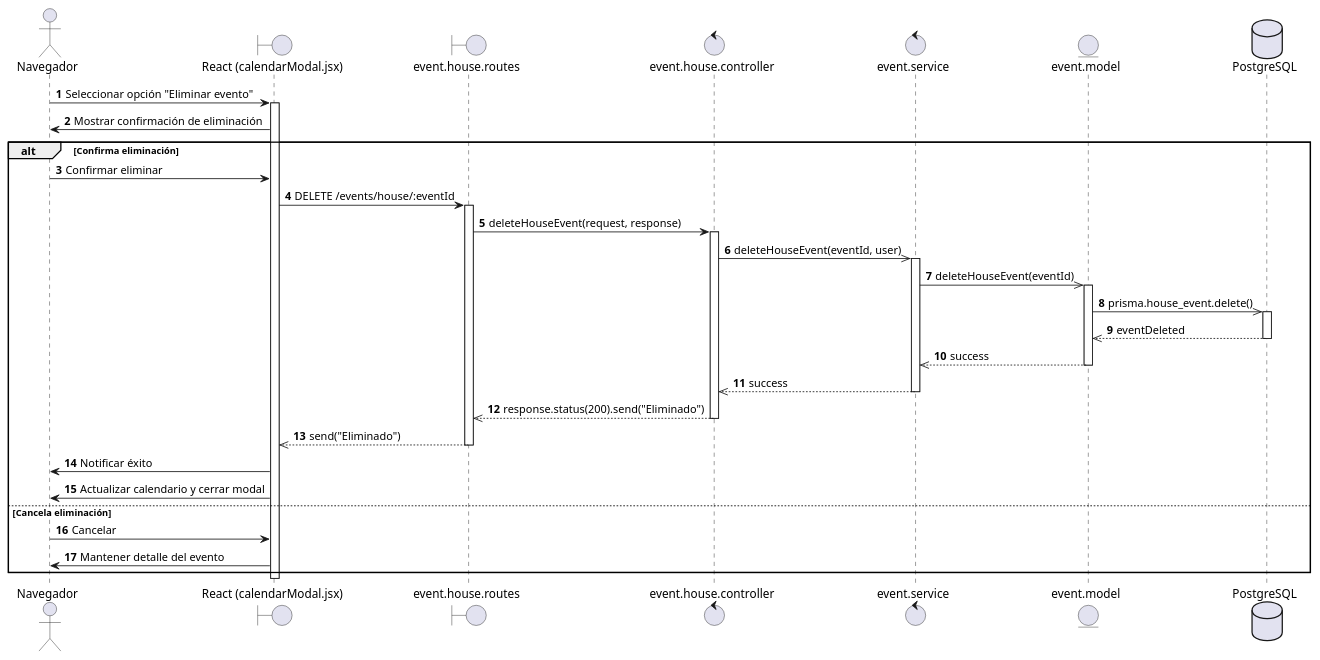
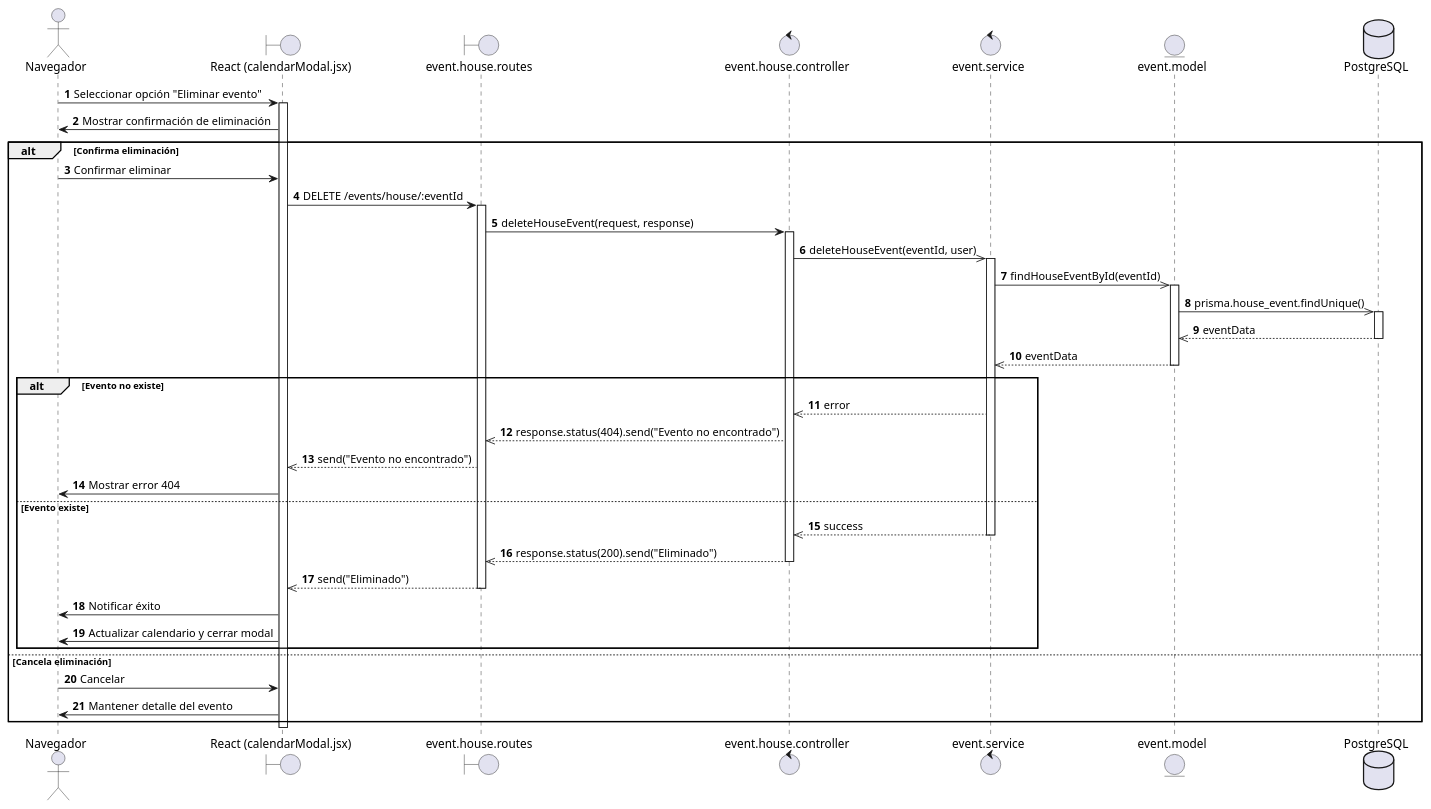
Before and after one commit to AztlanConsulting/RCHQ-Back: the diagram in diagrams/Sequence diagram/US83.puml, drawn with PlantUML.

Commit message:
docs(DS): Se agrega una validacion para cuando no se encuentra el evento.

```diff
--- a/diagrams/Sequence diagram/US83.puml
+++ b/diagrams/Sequence diagram/US83.puml
@@ -1,60 +1,71 @@
 @startuml HU - Coordinador elimina evento de casa
 
 actor Navegador
 boundary "React (calendarModal.jsx)" as ReactView
 boundary "event.house.routes" as routes
 control "event.house.controller" as controller
 control event.service
 entity event.model
 database PostgreSQL
 
 autonumber
 
 Navegador -> ReactView : Seleccionar opción "Eliminar evento"
 activate ReactView
 
 ReactView -> Navegador : Mostrar confirmación de eliminación
 
 alt Confirma eliminación
     Navegador -> ReactView : Confirmar eliminar
 
     ReactView -> routes : DELETE /events/house/:eventId
     activate routes
 
     routes -> controller : deleteHouseEvent(request, response)
     activate controller
 
     controller ->> event.service : deleteHouseEvent(eventId, user)
     activate event.service
 
-    event.service ->> event.model : deleteHouseEvent(eventId)
+    event.service ->> event.model : findHouseEventById(eventId)
     activate event.model
 
-    event.model ->> PostgreSQL : prisma.house_event.delete()
+    event.model ->> PostgreSQL : prisma.house_event.findUnique()
     activate PostgreSQL
-    PostgreSQL -->> event.model : eventDeleted
+    PostgreSQL -->> event.model : eventData
     deactivate PostgreSQL
 
-    event.model -->> event.service : success
+    event.model -->> event.service : eventData
     deactivate event.model
 
-    event.service -->> controller : success
-    deactivate event.service
+    alt Evento no existe
+        event.service -->> controller : error
 
-    controller -->> routes : response.status(200).send("Eliminado")
-    deactivate controller
+        controller -->> routes : response.status(404).send("Evento no encontrado")
 
-    routes -->> ReactView : send("Eliminado")
-    deactivate routes
+        routes -->> ReactView : send("Evento no encontrado")
 
-    ReactView -> Navegador : Notificar éxito
-    ReactView -> Navegador : Actualizar calendario y cerrar modal
+        ReactView -> Navegador : Mostrar error 404
+
+    else Evento existe
+        event.service -->> controller : success
+        deactivate event.service
+
+        controller -->> routes : response.status(200).send("Eliminado")
+        deactivate controller
+
+        routes -->> ReactView : send("Eliminado")
+        deactivate routes
+
+        ReactView -> Navegador : Notificar éxito
+        ReactView -> Navegador : Actualizar calendario y cerrar modal
+    end
 
 else Cancela eliminación
     Navegador -> ReactView : Cancelar
     ReactView -> Navegador : Mantener detalle del evento
 end
 
 deactivate ReactView
 
 @enduml
```
